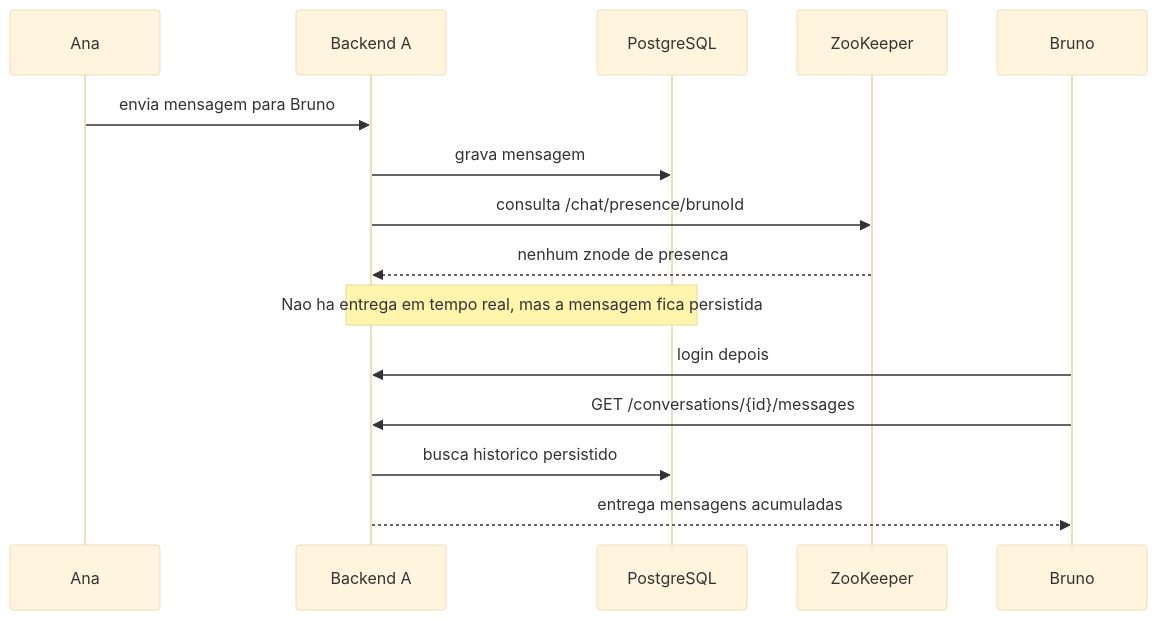
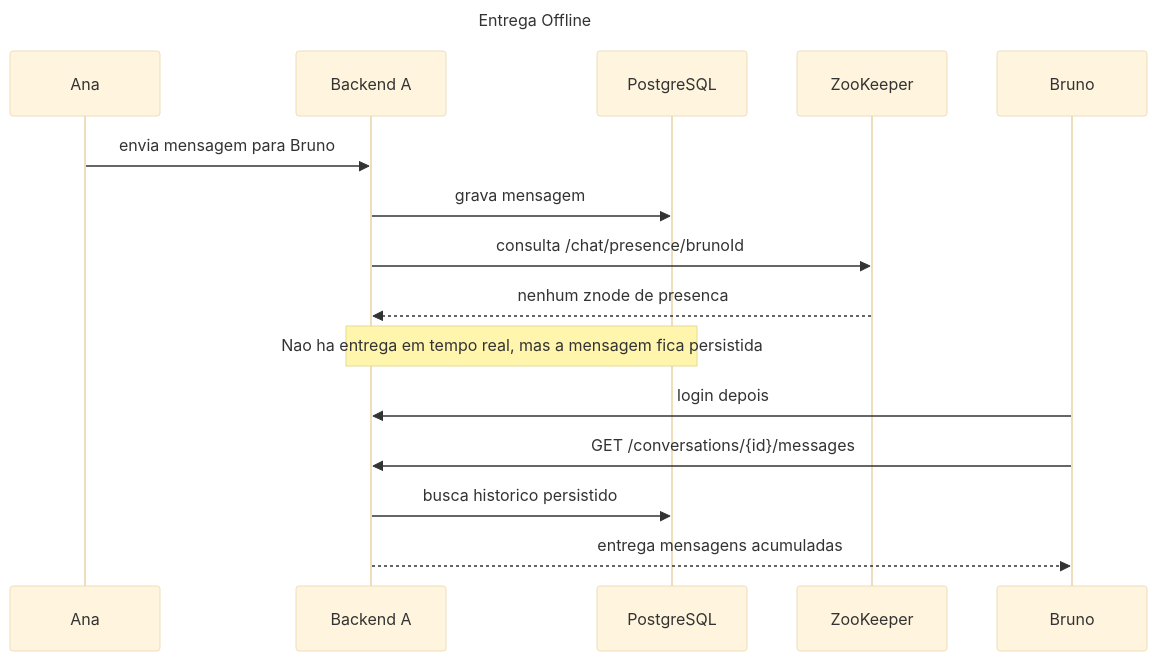
The seventh of 10 diagrams in docs/diagrams.md (jvmr1/chat-distribuido), drawn with Mermaid (base theme) before and after one commit. The commit also changed other lines of this file and 13 other files, not shown here.

Commit message:
diagramas

````diff
--- a/docs/diagrams.md
+++ b/docs/diagrams.md
@@ -159,19 +186,22 @@
 ```mermaid
+---
+title: Entrega Offline
+---
 sequenceDiagram
   participant Ana as Ana
   participant B1 as Backend A
   participant DB as PostgreSQL
   participant ZK as ZooKeeper
   participant Bruno as Bruno
 
   Ana->>B1: envia mensagem para Bruno
   B1->>DB: grava mensagem
   B1->>ZK: consulta /chat/presence/brunoId
   ZK-->>B1: nenhum znode de presenca
   Note over B1,DB: Nao ha entrega em tempo real, mas a mensagem fica persistida
 
   Bruno->>B1: login depois
   Bruno->>B1: GET /conversations/{id}/messages
   B1->>DB: busca historico persistido
   B1-->>Bruno: entrega mensagens acumuladas
 ```
````
